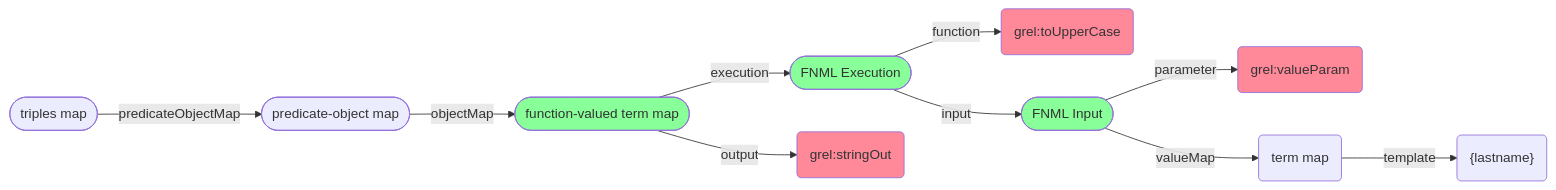
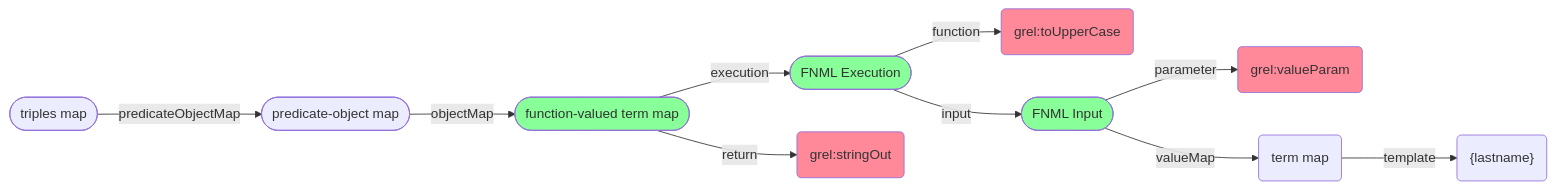
One commit to kg-construct/rml-fnml changed the diagram in diagrams/fnml.md. Above: the diagram before and after it, drawn with Mermaid. The commit also changed 7 other files, not shown here.

Commit message:
consistent returnMap iso outputMap, fixes #10

````diff
--- a/diagrams/fnml.md
+++ b/diagrams/fnml.md
@@ -3,35 +3,35 @@
 ```mermaid
 graph LR
     T3M([triples map])
     T3M-->|predicateObjectMap| POM([predicate-object map])
     POM -->|objectMap| FM
     %% FM([Function term map]):::fnml
     FM([function-valued term map]):::fnml
     %% FM -->|function value| Ex([triples map])
     FM -->|execution| Ex([FNML Execution]):::fnml
     %% FM -->|execution| Ex([Function triples map]):::fnml
     %% FM -->|function value| Ex([Function triples map]):::fnml
-    FM -->|output| J(grel:stringOut):::fno
+    FM -->|return| J(grel:stringOut):::fno
     Ex -->|function| Fn(grel:toUpperCase):::fno
     %% Ex -->|predicateObjectMap| ExPOM([predicate-object map])
     %% ExPOM -->|predicate| ExP(fno:executes):::fno
     %% ExPOM -->|object map| ExO([Object map])
     %% ExO -->|constant| ExO1(grel:toUpperCase):::fno
     Ex -->|input| ParamPOM([FNML Input]):::fnml
     %% Ex -->|predicateObjectMap| ParamPOM([predicate-object map])
     ParamPOM -->|parameter| P2(grel:valueParam):::fno
     ParamPOM -->|valueMap| O1(term map)
     %% ParamPOM -->|predicate| P2(grel:str_value):::fno
     %% ParamPOM -->|object map| O1([Object map])
     O1 --> |template| Ot1("{lastname}"):::kfno
     %% ParamPOM -->|objectMap| ROM([ReferencingObjectMap])
     %% ROM -->|parentTriplesMap| PT3M([TriplesMap]):::ls2
     %% ROM -->|joinCondition| JC([JoinCondition])
     %% ROM -->|joinResultTerm| JTM("{parentsource_value}"):::ls2
     %% JC -->|childTerm| ChTM([TermMap]):::ls2
     %% JC -->|parentTerm| PaTM([TermMap]):::ls2
     classDef fnml fill:#8F9
     classDef fno fill:#F89
     classDef rml fill:#89F
     classDef ls2 fill:#09F
 ```
````
